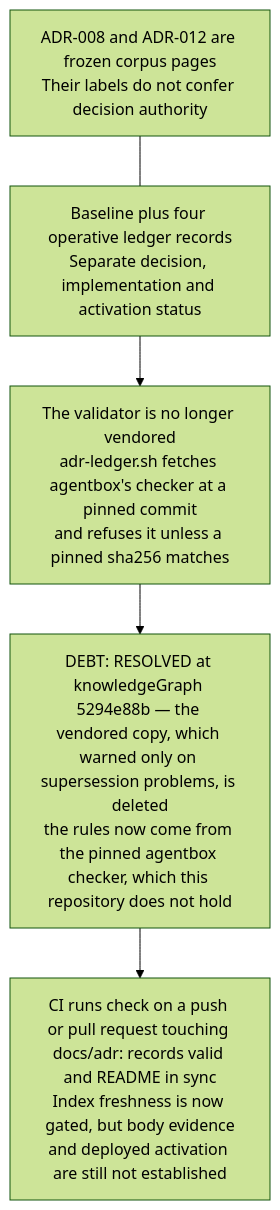
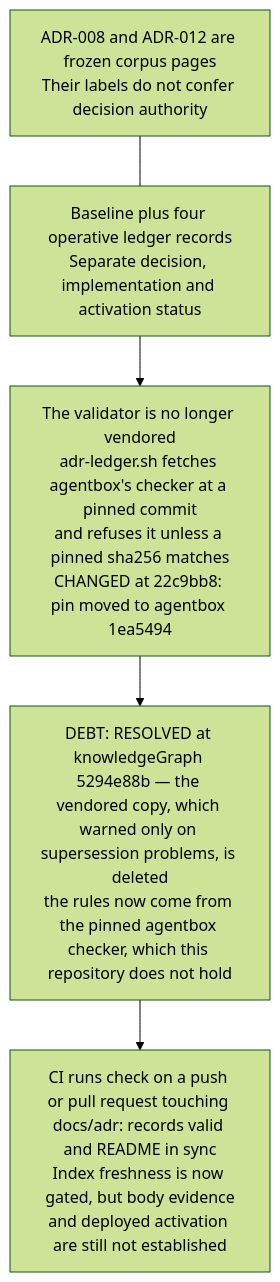
One commit to DreamLab-AI/VisionFlow changed the fourth of 4 diagrams in docs/diagrams/knowledgegraph/07-invariants-register.md. Above: the diagram before and after it, drawn with Mermaid (forest theme). The commit also changed other lines of this file and 11 other files, not shown here.

First line of the commit message:
docs(diagrams): visiongraph and knowledgegraph re-verified (explorer on vowl-wasm 0.4.0, knowledgeGraph explorer retired)

````diff
--- a/docs/diagrams/knowledgegraph/07-invariants-register.md
+++ b/docs/diagrams/knowledgegraph/07-invariants-register.md
@@ -105,18 +107,18 @@
 ```mermaid
 flowchart TB
     %% knowledgeGraph/docs/adr/PREAMBLE.md:3
     LEDGER["Baseline plus four operative ledger records<br/>Separate decision, implementation and activation status"]
     %% knowledgeGraph/archive/logseq-era-2026-09-22/pages/ADR-008.md:3
     %% knowledgeGraph/archive/logseq-era-2026-09-22/pages/ADR-012.md:3
     CONTENT["ADR-008 and ADR-012 are frozen corpus pages<br/>Their labels do not confer decision authority"]
     %% knowledgeGraph/scripts/adr-ledger.sh:19-22
     %% knowledgeGraph/scripts/adr-ledger.sh:29-31
-    CHECK["The validator is no longer vendored<br/>adr-ledger.sh fetches agentbox's checker at a pinned commit<br/>and refuses it unless a pinned sha256 matches"]
+    CHECK["The validator is no longer vendored<br/>adr-ledger.sh fetches agentbox's checker at a pinned commit<br/>and refuses it unless a pinned sha256 matches<br/>CHANGED at 22c9bb8: pin moved to agentbox 1ea5494"]
     %% knowledgeGraph/docs/adr/.ledger.json:2-3
     GRAPH["DEBT: RESOLVED at knowledgeGraph 5294e88b — the vendored copy, which warned only on supersession problems, is deleted<br/>the rules now come from the pinned agentbox checker, which this repository does not hold"]
     %% knowledgeGraph/scripts/adr-ledger.sh:34
     %% knowledgeGraph/.github/workflows/adr-ledger.yml:5-15,29
     LIMIT["CI runs check on a push or pull request touching docs/adr: records valid and README in sync<br/>Index freshness is now gated, but body evidence<br/>and deployed activation are still not established"]
     LEDGER --> CHECK --> GRAPH --> LIMIT
     CONTENT --- LEDGER
 ```
````
